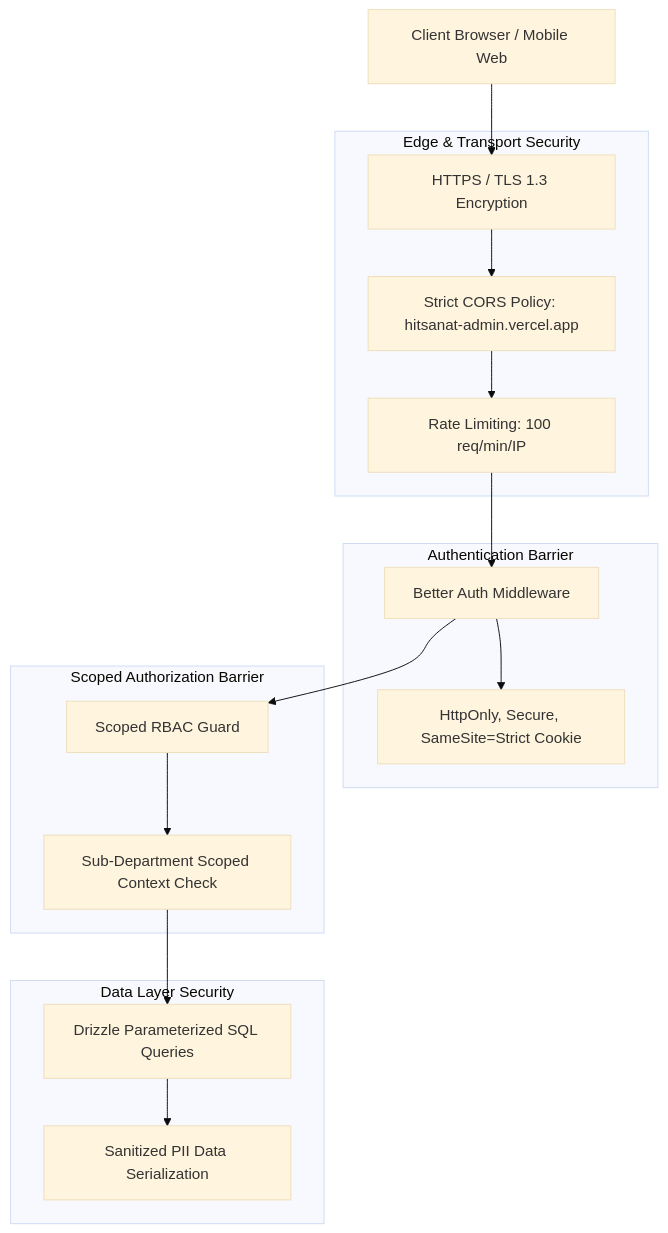
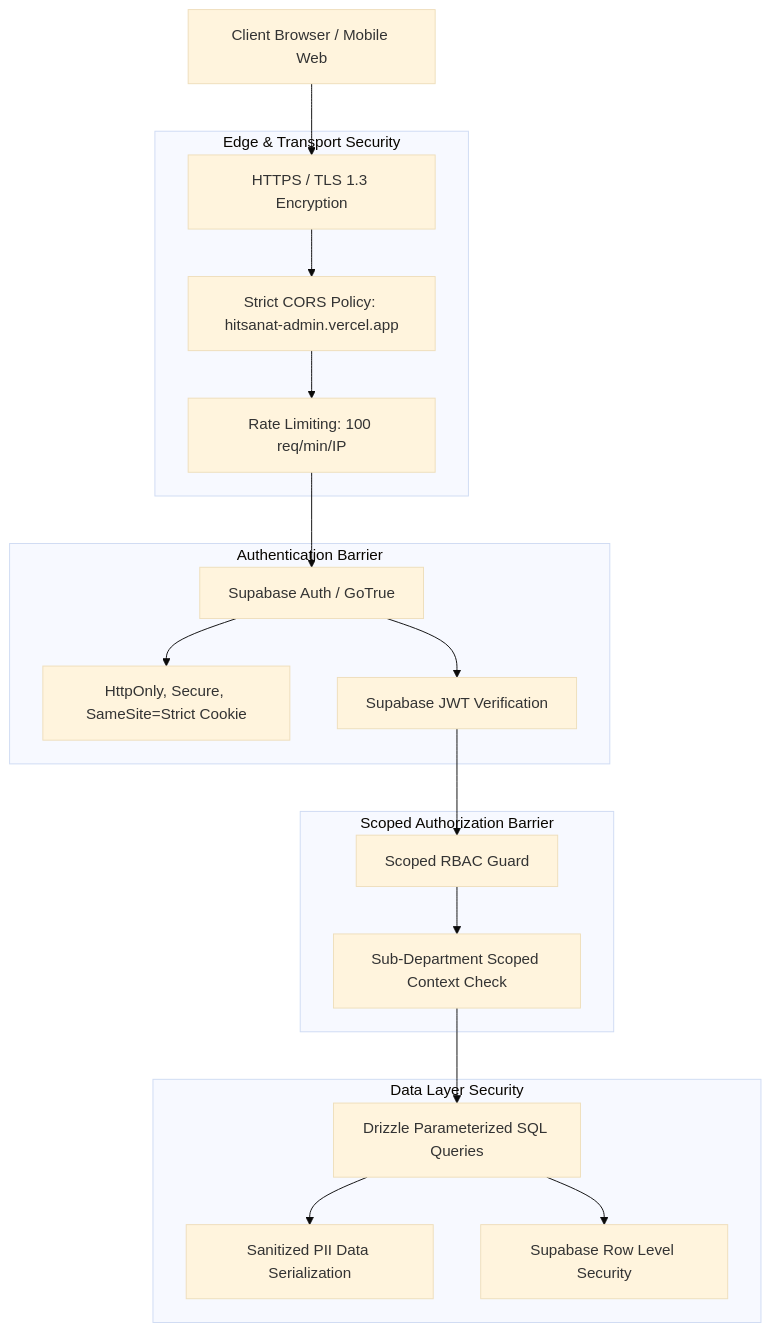
Before and after one commit to Hitsanat-Kfl/hitsanat: the diagram in docs/architecture/security-architecture.md, drawn with Mermaid (base theme). The commit also changed other lines of this file and 66 other files, not shown here.

First line of the commit message:
feat(auth): complete Supabase auth migration and leadership governance (BR-007/008/009)

````diff
--- a/docs/architecture/security-architecture.md
+++ b/docs/architecture/security-architecture.md
@@ -12,30 +12,34 @@
 ```mermaid
 graph TD
     Client[Client Browser / Mobile Web]
     
     subgraph Edge & Transport Security
         TLS[HTTPS / TLS 1.3 Encryption]
         CORS[Strict CORS Policy: hitsanat-admin.vercel.app]
         RateLimit[Rate Limiting: 100 req/min/IP]
     end
 
     subgraph Authentication Barrier
-        BetterAuth[Better Auth Middleware]
+        SupabaseAuth[Supabase Auth / GoTrue]
         SessionCookie[HttpOnly, Secure, SameSite=Strict Cookie]
+        JWT[Supabase JWT Verification]
     end
 
     subgraph Scoped Authorization Barrier
         ScopeGuard[Scoped RBAC Guard]
         DeptContext[Sub-Department Scoped Context Check]
     end
 
     subgraph Data Layer Security
         ParamQuery[Drizzle Parameterized SQL Queries]
         PIIMask[Sanitized PII Data Serialization]
+        RLS[Supabase Row Level Security]
     end
 
-    Client --> TLS --> CORS --> RateLimit --> BetterAuth
-    BetterAuth --> SessionCookie
-    BetterAuth --> ScopeGuard --> DeptContext
+    Client --> TLS --> CORS --> RateLimit --> SupabaseAuth
+    SupabaseAuth --> SessionCookie
+    SupabaseAuth --> JWT
+    JWT --> ScopeGuard --> DeptContext
     DeptContext --> ParamQuery --> PIIMask
+    ParamQuery --> RLS
 ```
````
